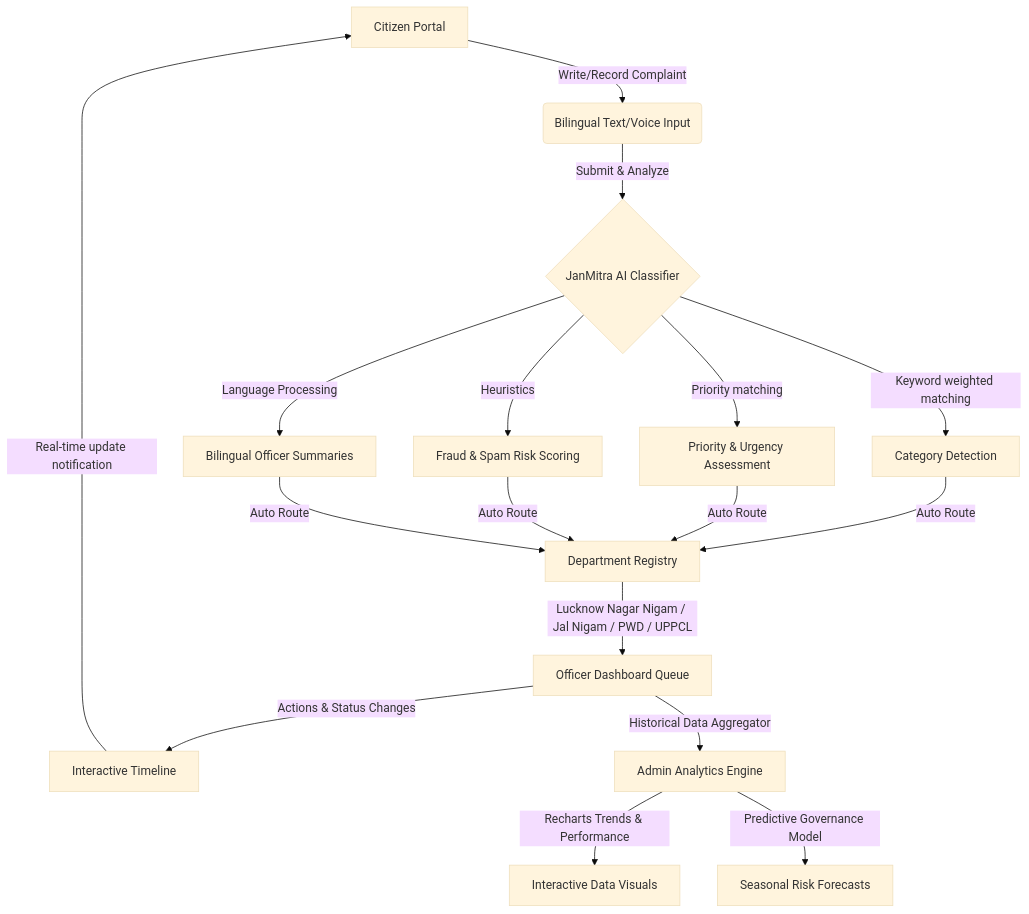
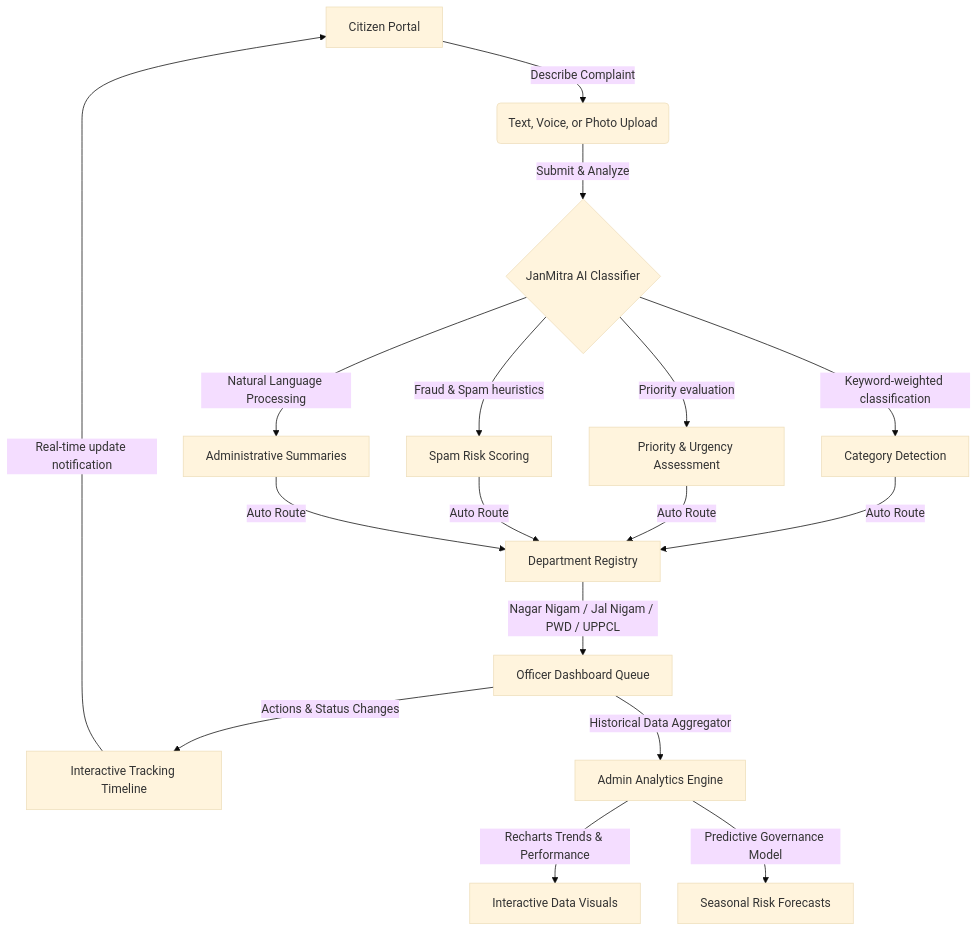
Before and after one commit to theabhishek4u/JanMitra-AI: the diagram in README.md, drawn with Mermaid (base theme). The commit also changed other lines of this file and 7 other files, not shown here.

Commit message:
docs: rewrite README to 100% clean English & feat: integrate premium photo upload and import cleanups

````diff
--- a/README.md
+++ b/README.md
@@ -37,25 +38,25 @@
 ```mermaid
 graph TD
     %% Citizen Actions
-    A[Citizen Portal] -->|Write/Record Complaint| B(Bilingual Text/Voice Input)
+    A[Citizen Portal] -->|Describe Complaint| B(Text, Voice, or Photo Upload)
     B -->|Submit & Analyze| C{JanMitra AI Classifier}
     
     %% AI Processing
-    C -->|Keyword weighted matching| D[Category Detection]
-    C -->|Priority matching| E[Priority & Urgency Assessment]
-    C -->|Heuristics| F[Fraud & Spam Risk Scoring]
-    C -->|Language Processing| G[Bilingual Officer Summaries]
+    C -->|Keyword-weighted classification| D[Category Detection]
+    C -->|Priority evaluation| E[Priority & Urgency Assessment]
+    C -->|Fraud & Spam heuristics| F[Spam Risk Scoring]
+    C -->|Natural Language Processing| G[Administrative Summaries]
     
     %% Routing
     D & E & F & G -->|Auto Route| H[Department Registry]
-    H -->|Lucknow Nagar Nigam / Jal Nigam / PWD / UPPCL| I[Officer Dashboard Queue]
+    H -->|Nagar Nigam / Jal Nigam / PWD / UPPCL| I[Officer Dashboard Queue]
     
     %% Operational Actions
-    I -->|Actions & Status Changes| J[Interactive Timeline]
+    I -->|Actions & Status Changes| J[Interactive Tracking Timeline]
     J -->|Real-time update notification| A
     
     %% Analytics & Predictions
     I -->|Historical Data Aggregator| K[Admin Analytics Engine]
     K -->|Recharts Trends & Performance| L[Interactive Data Visuals]
     K -->|Predictive Governance Model| M[Seasonal Risk Forecasts]
 ```
````
